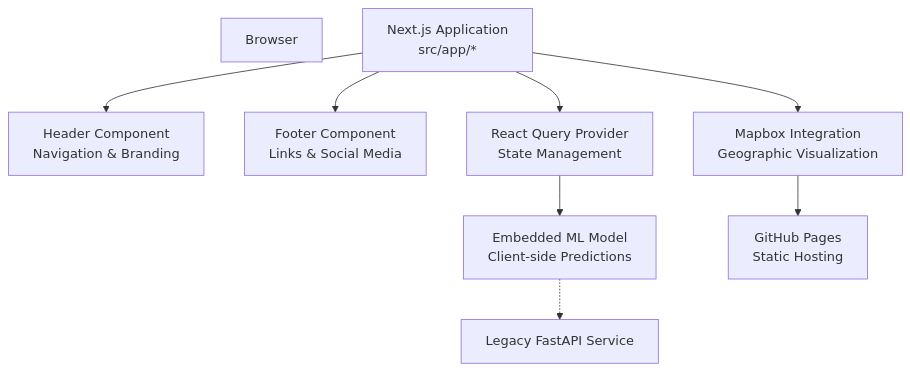
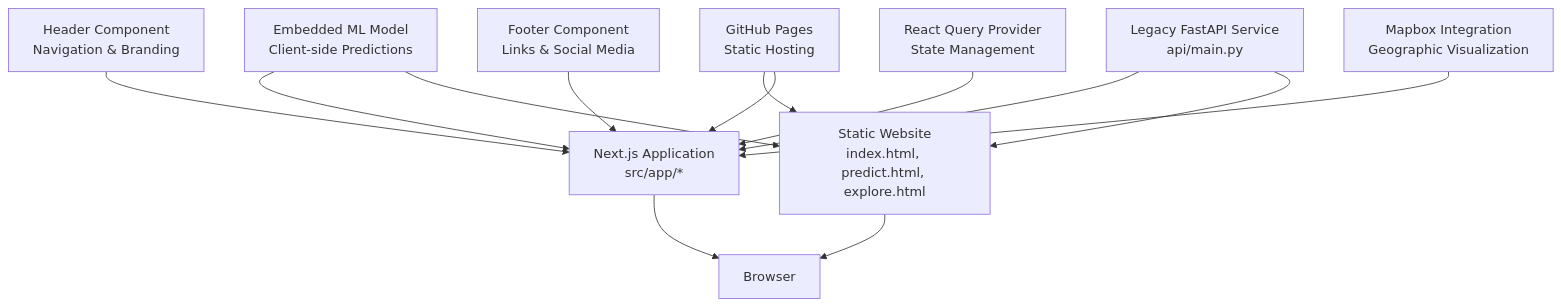
Before and after one commit to tashkirrr/housing-price-prediction: the second of 2 diagrams in .qoder/repowiki/en/content/Web Application/Web Application.md, drawn with Mermaid. The commit also changed other lines of this file and 9 other files, not shown here.

First line of the commit message:
refactor(docs): restructure docs for static website deployment

````diff
--- a/.qoder/repowiki/en/content/Web Application/Web Application.md
+++ b/.qoder/repowiki/en/content/Web Application/Web Application.md
@@ -141,18 +147,25 @@
 ```mermaid
 graph TB
 Browser["Browser"]
+StaticSite["Static Website<br/>index.html, predict.html, explore.html"]
 NextApp["Next.js Application<br/>src/app/*"]
 Header["Header Component<br/>Navigation & Branding"]
 Footer["Footer Component<br/>Links & Social Media"]
 Providers["React Query Provider<br/>State Management"]
 Mapbox["Mapbox Integration<br/>Geographic Visualization"]
 EmbeddedModel["Embedded ML Model<br/>Client-side Predictions"]
 GitHubPages["GitHub Pages<br/>Static Hosting"]
-NextApp --> Header
-NextApp --> Footer
-NextApp --> Providers
-Providers --> EmbeddedModel
-NextApp --> Mapbox
-Mapbox --> GitHubPages
-EmbeddedModel -.-> APIApp["Legacy FastAPI Service"]
+LegacyAPI["Legacy FastAPI Service<br/>api/main.py"]
+StaticSite --> Browser
+NextApp --> Browser
+Header --> NextApp
+Footer --> NextApp
+Providers --> NextApp
+Mapbox --> NextApp
+EmbeddedModel --> NextApp
+EmbeddedModel --> StaticSite
+GitHubPages --> StaticSite
+GitHubPages --> NextApp
+LegacyAPI --> NextApp
+LegacyAPI --> StaticSite
 ```
````
